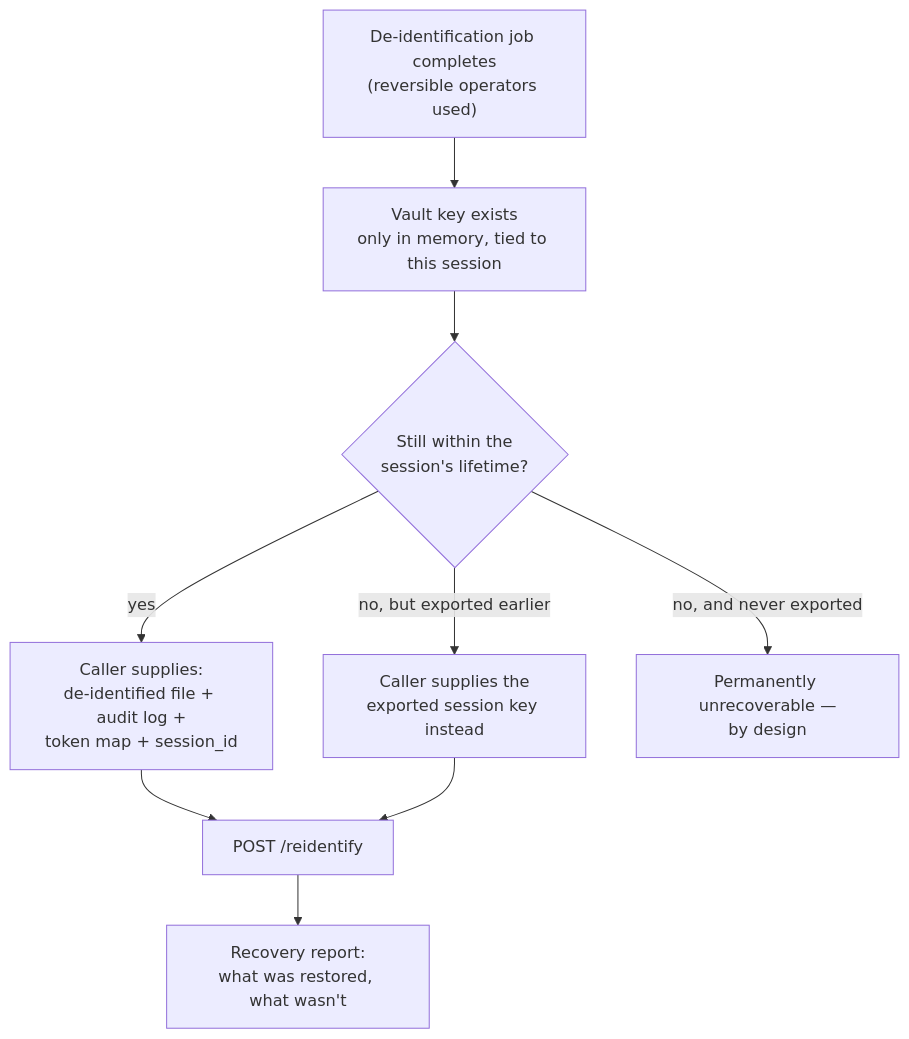
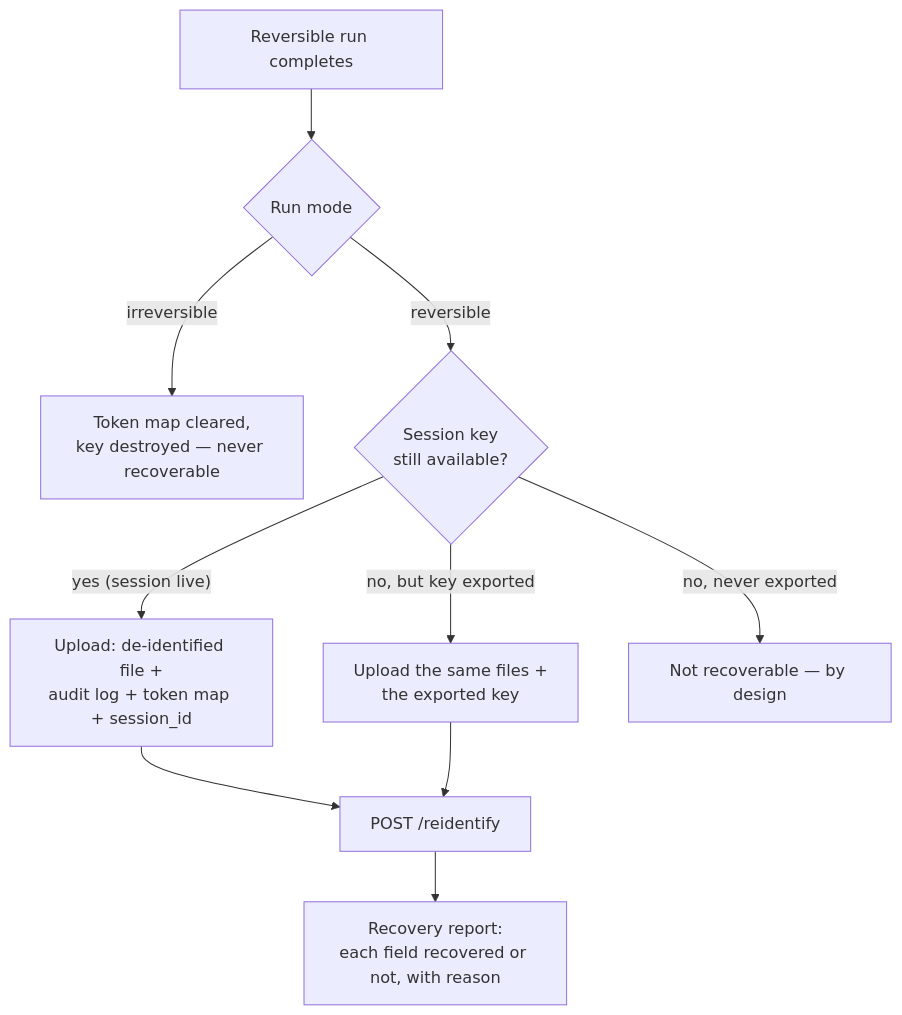
Before and after one commit to DataShield-sp18/data-shield-docs: the diagram in docs/features/reidentification.md, drawn with Mermaid. The commit also changed other lines of this file and 8 other files, not shown here.

````diff
--- a/docs/features/reidentification.md
+++ b/docs/features/reidentification.md
@@ -8,11 +5,12 @@
 ```mermaid
 flowchart TD
-    A["De-identification job completes<br/>(reversible operators used)"] --> B["Vault key exists<br/>only in memory, tied to this session"]
-    B --> C{"Still within the<br/>session's lifetime?"}
-    C -- yes --> D["Caller supplies:<br/>de-identified file + audit log +<br/>token map + session_id"]
-    C -- no, but exported earlier --> E["Caller supplies the<br/>exported session key instead"]
-    C -- no, and never exported --> F["Permanently unrecoverable —<br/>by design"]
+    A["Reversible run completes"] --> M{"Run mode"}
+    M -- irreversible --> NO1["Token map cleared,<br/>key destroyed — never recoverable"]
+    M -- reversible --> B{"Session key<br/>still available?"}
+    B -- "yes (session live)" --> D["Upload: de-identified file +<br/>audit log + token map + session_id"]
+    B -- "no, but key exported" --> E["Upload the same files +<br/>the exported key"]
+    B -- "no, never exported" --> NO2["Not recoverable — by design"]
     D --> G["POST /reidentify"]
     E --> G
-    G --> H["Recovery report:<br/>what was restored, what wasn't"]
+    G --> H["Recovery report:<br/>each field recovered or not, with reason"]
 ```
````
